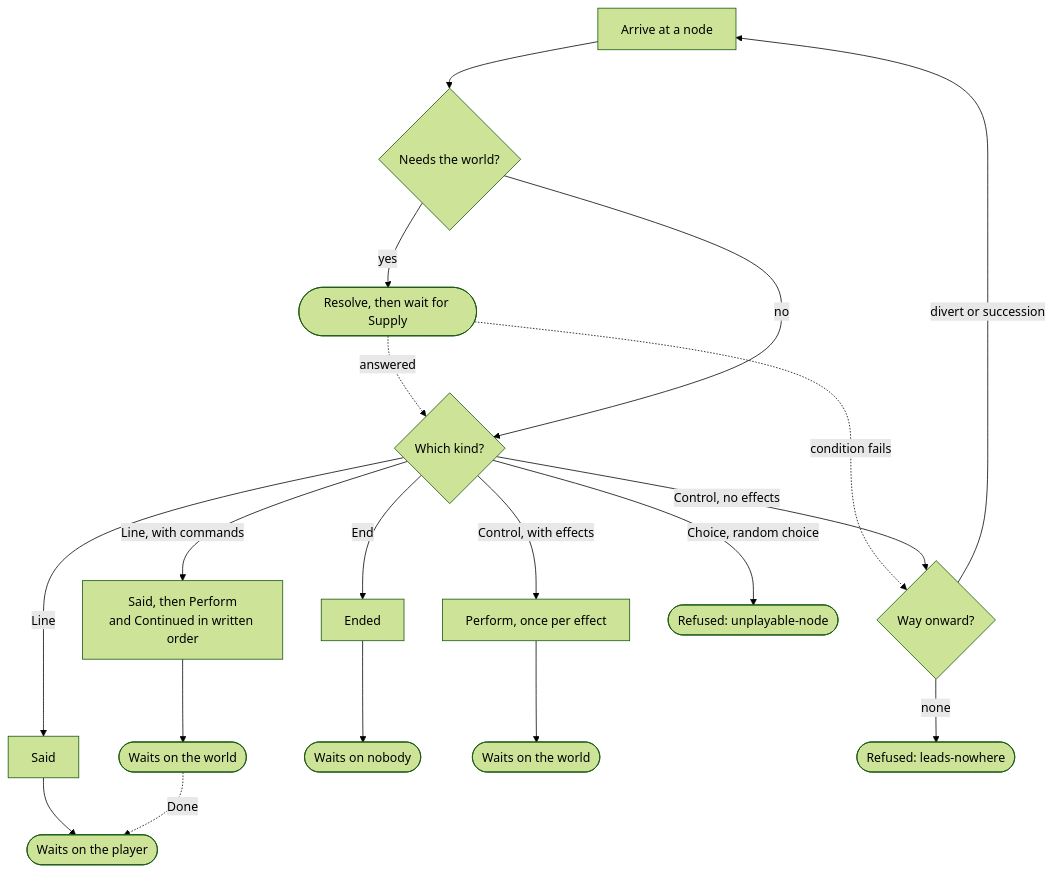
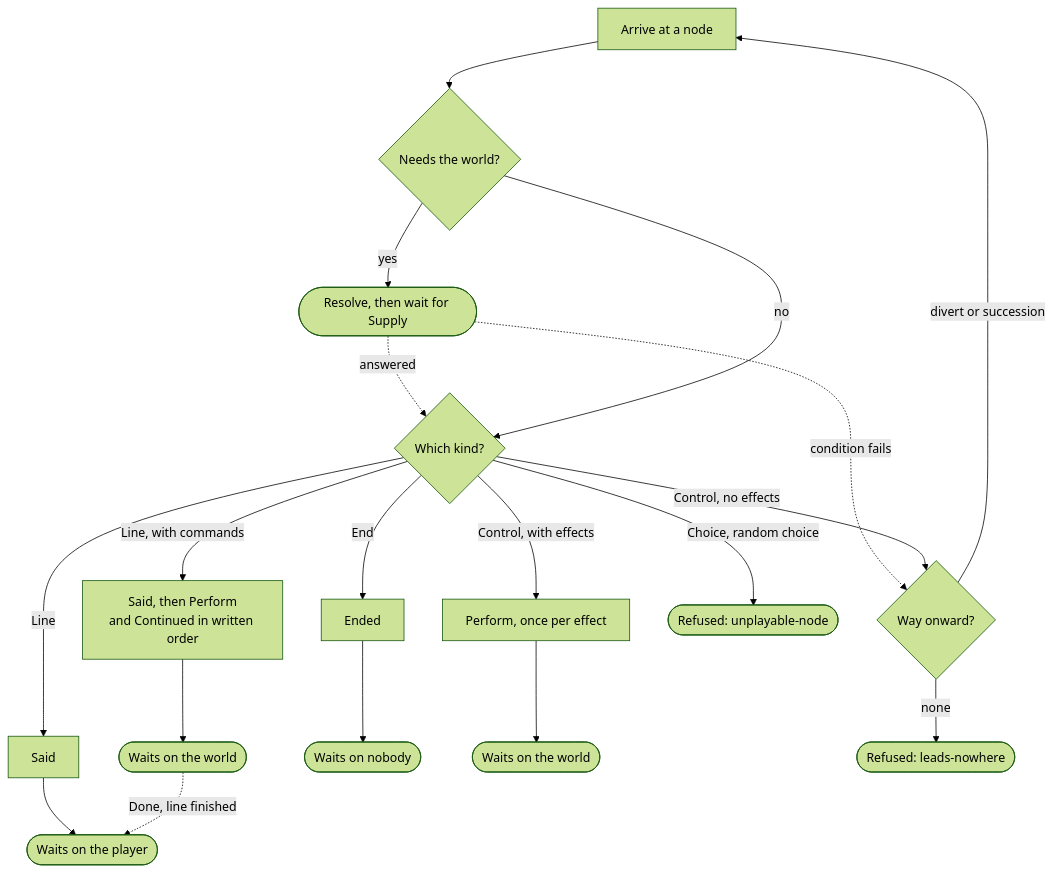
One commit to pengzhengyi/dialoguedown changed the second of 2 diagrams in docs/contributing/design-notes/runtime/Runner.md. Above: the diagram before and after it, drawn with Mermaid (forest theme). The commit also changed other lines of this file and 4 other files, not shown here.

````diff
--- a/docs/contributing/design-notes/runtime/Runner.md
+++ b/docs/contributing/design-notes/runtime/Runner.md
@@ -147,17 +148,17 @@
 ```mermaid
 flowchart TD
     Arrive["Arrive at a node"] --> Cond{"Needs the world?"}
     Cond -->|yes| Resolve(["Resolve, then wait for Supply"])
     Resolve -.->|"condition fails"| Onward
     Resolve -.->|"answered"| Kind
     Cond -->|no| Kind{"Which kind?"}
     Kind -->|Line| Say["Said"] --> Player(["Waits on the player"])
     Kind -->|"Line, with commands"| Speak["Said, then Perform<br/>and Continued in written order"] --> LineWorld(["Waits on the world"])
-    LineWorld -.->|Done| Player
+    LineWorld -.->|"Done, line finished"| Player
     Kind -->|End| Over["Ended"] --> Nobody(["Waits on nobody"])
     Kind -->|"Control, with effects"| Ask["Perform, once per effect"] --> World(["Waits on the world"])
     Kind -->|"Control, no effects"| Onward{"Way onward?"}
     Kind -->|"Choice, random choice"| RefuseK(["Refused: unplayable-node"])
     Onward -->|"divert or succession"| Arrive
     Onward -->|none| RefuseN(["Refused: leads-nowhere"])
 ```
````
